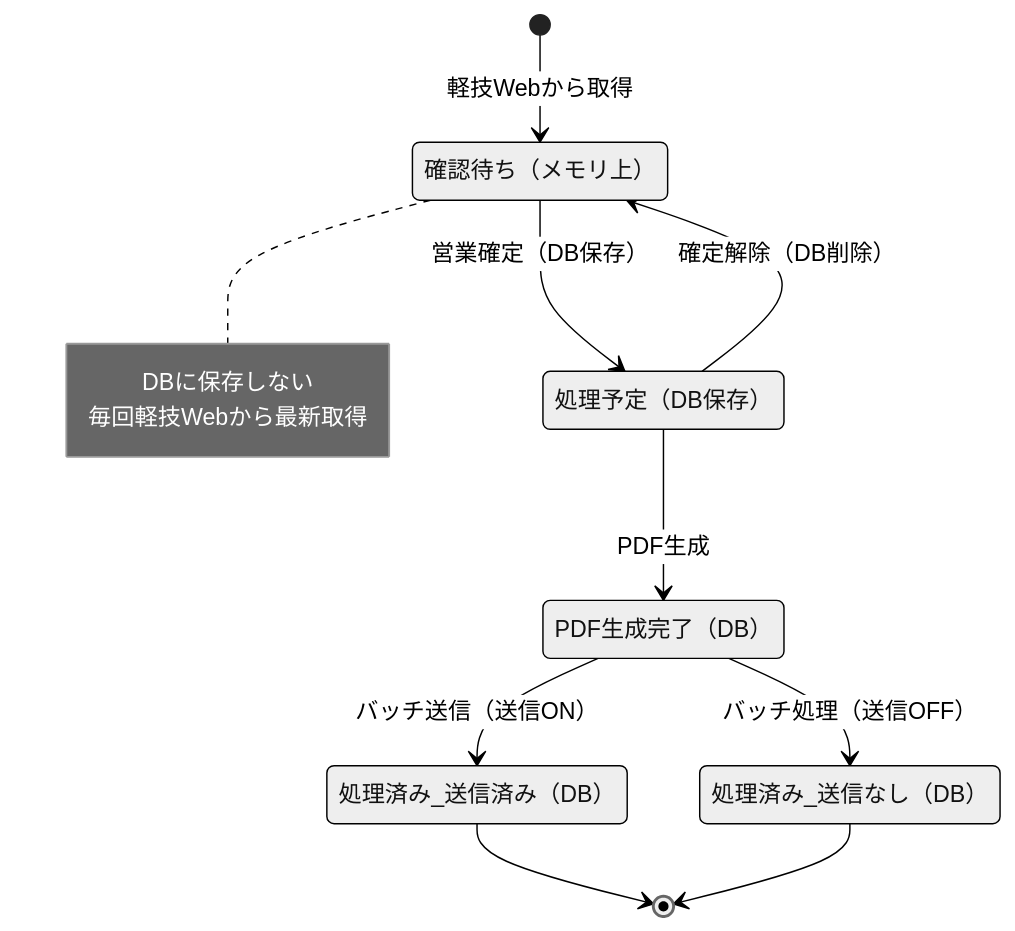
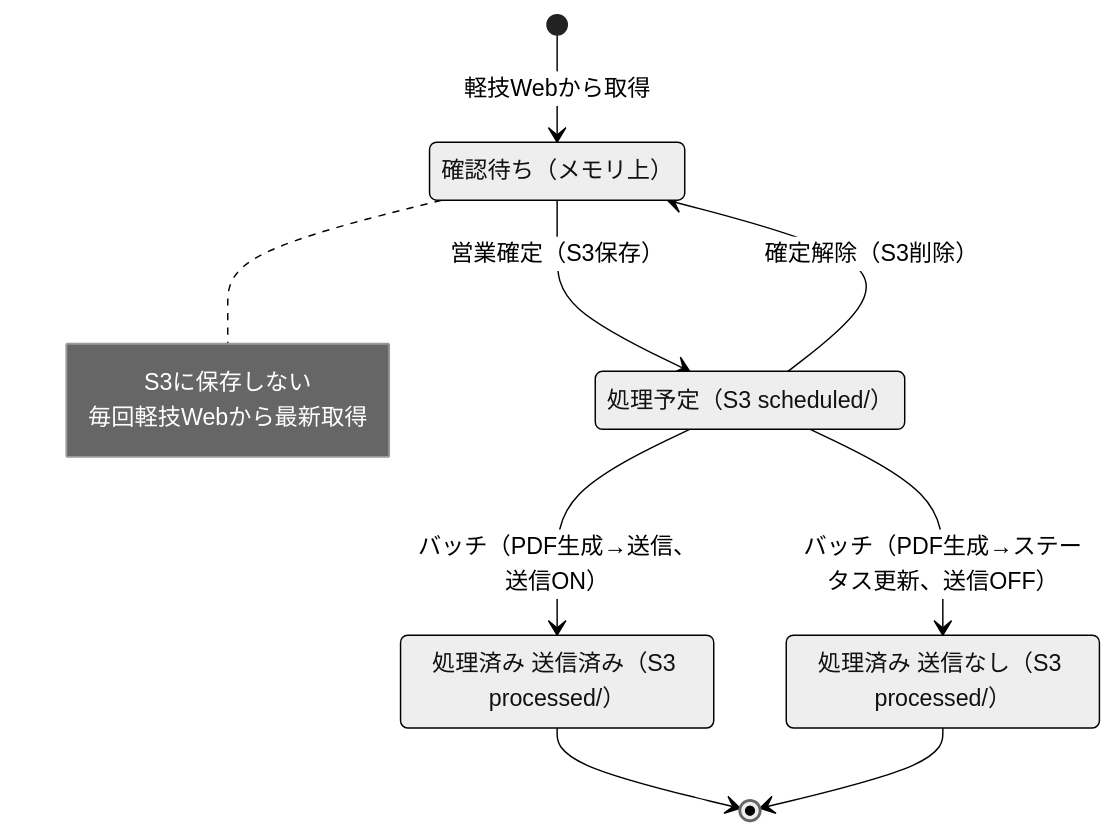
The third of 7 diagrams in .kiro/specs/invoice-delivery-mail-system/design.md (hogekof/tokaisteel-invoice-delivery-mail-system), drawn with Mermaid (neutral theme) before and after one commit. The commit also changed other lines of this file and 4 other files, not shown here.

````diff
--- a/.kiro/specs/invoice-delivery-mail-system/design.md
+++ b/.kiro/specs/invoice-delivery-mail-system/design.md
@@ -162,22 +166,20 @@
 ```mermaid
 stateDiagram-v2
-    state "確認待ち（メモリ上）" as 確認待ち
-    state "処理予定（DB保存）" as 処理予定
-    state "PDF生成完了（DB）" as PDF生成完了
-    state "処理済み_送信済み（DB）" as 処理済み_送信済み
-    state "処理済み_送信なし（DB）" as 処理済み_送信なし
+    state "確認待ち（メモリ上）" as Pending
+    state "処理予定（S3 scheduled/）" as Scheduled
+    state "処理済み 送信済み（S3 processed/）" as Sent
+    state "処理済み 送信なし（S3 processed/）" as NotSent
 
-    [*] --> 確認待ち: 軽技Webから取得
-    確認待ち --> 処理予定: 営業確定（DB保存）
-    処理予定 --> 確認待ち: 確定解除（DB削除）
-    処理予定 --> PDF生成完了: PDF生成
-    PDF生成完了 --> 処理済み_送信済み: バッチ送信（送信ON）
-    PDF生成完了 --> 処理済み_送信なし: バッチ処理（送信OFF）
-    処理済み_送信済み --> [*]
-    処理済み_送信なし --> [*]
+    [*] --> Pending: 軽技Webから取得
+    Pending --> Scheduled: 営業確定（S3保存）
+    Scheduled --> Pending: 確定解除（S3削除）
+    Scheduled --> Sent: バッチ（PDF生成→送信、送信ON）
+    Scheduled --> NotSent: バッチ（PDF生成→ステータス更新、送信OFF）
+    Sent --> [*]
+    NotSent --> [*]
 
-    note right of 確認待ち
-        DBに保存しない
+    note right of Pending
+        S3に保存しない
         毎回軽技Webから最新取得
     end note
 ```
````
